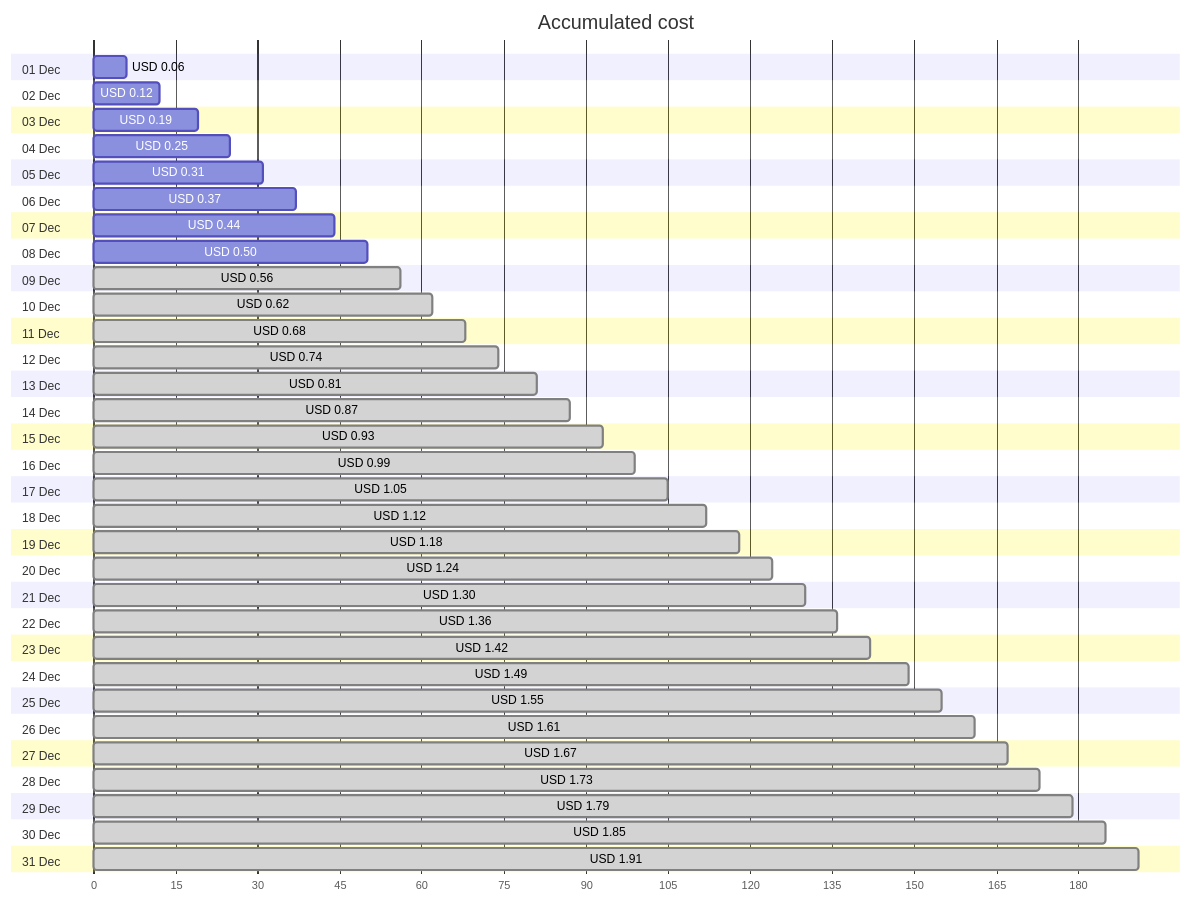
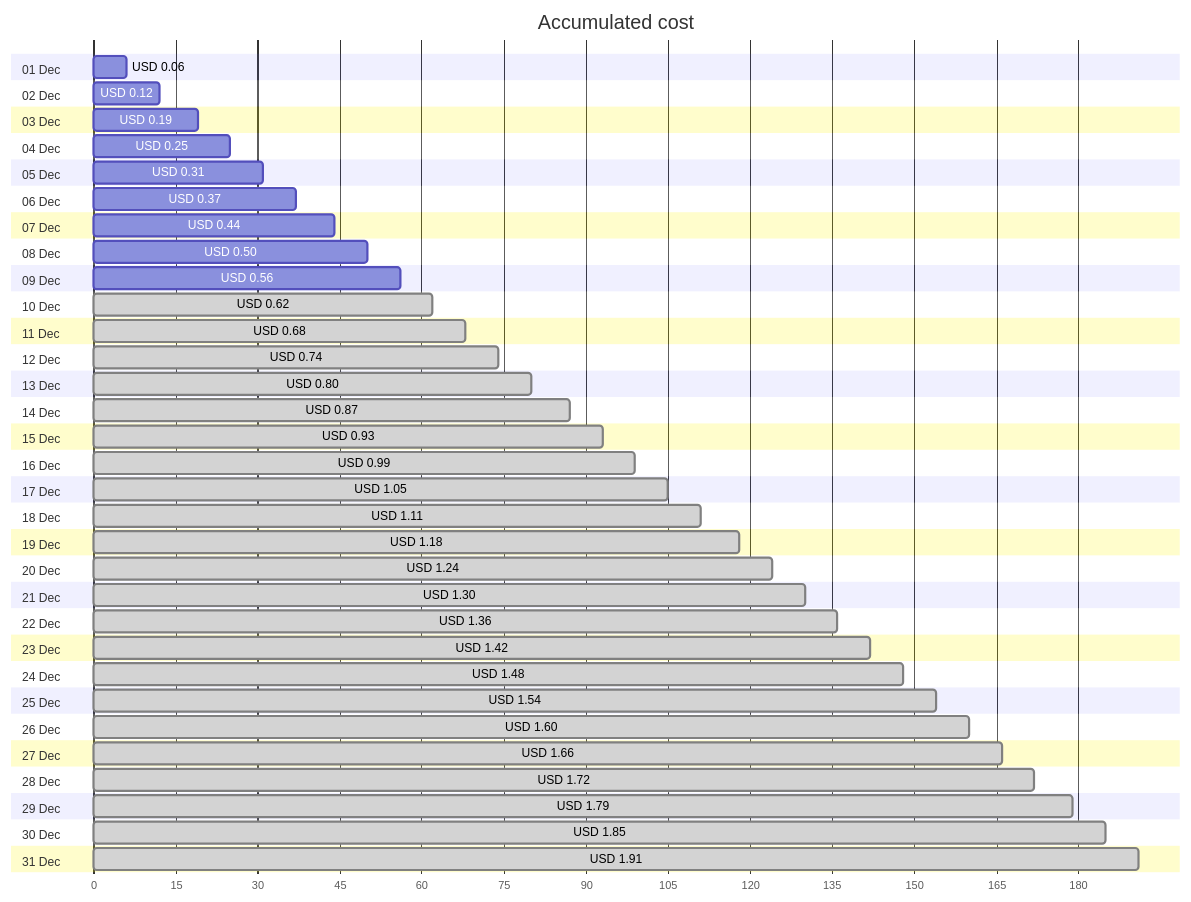
One commit to jpfulton/azure-personal-reports changed the first of 4 diagrams in cost-reports/personal-network/backup-server_OsDisk.md. Above: the diagram before and after it, drawn with Mermaid. The commit also changed other lines of this file and 8 other files, not shown here.

````diff
--- a/cost-reports/personal-network/backup-server_OsDisk.md
+++ b/cost-reports/personal-network/backup-server_OsDisk.md
@@ -20,68 +20,68 @@
 ```mermaid
 gantt
    title Accumulated cost
    dateFormat  X
    axisFormat %s
    section 01 Dec
    USD 0.06 :0, 6
    section 02 Dec
    USD 0.12 :0, 12
    section 03 Dec
    USD 0.19 :0, 19
    section 04 Dec
    USD 0.25 :0, 25
    section 05 Dec
    USD 0.31 :0, 31
    section 06 Dec
    USD 0.37 :0, 37
    section 07 Dec
    USD 0.44 :0, 44
    section 08 Dec
    USD 0.50 :0, 50
    section 09 Dec
-   USD 0.56 : done, 0, 56
+   USD 0.56 :0, 56
    section 10 Dec
    USD 0.62 : done, 0, 62
    section 11 Dec
    USD 0.68 : done, 0, 68
    section 12 Dec
    USD 0.74 : done, 0, 74
    section 13 Dec
-   USD 0.81 : done, 0, 81
+   USD 0.80 : done, 0, 80
    section 14 Dec
    USD 0.87 : done, 0, 87
    section 15 Dec
    USD 0.93 : done, 0, 93
    section 16 Dec
    USD 0.99 : done, 0, 99
    section 17 Dec
    USD 1.05 : done, 0, 105
    section 18 Dec
-   USD 1.12 : done, 0, 112
+   USD 1.11 : done, 0, 111
    section 19 Dec
    USD 1.18 : done, 0, 118
    section 20 Dec
    USD 1.24 : done, 0, 124
    section 21 Dec
    USD 1.30 : done, 0, 130
    section 22 Dec
    USD 1.36 : done, 0, 136
    section 23 Dec
    USD 1.42 : done, 0, 142
    section 24 Dec
-   USD 1.49 : done, 0, 149
+   USD 1.48 : done, 0, 148
    section 25 Dec
-   USD 1.55 : done, 0, 155
+   USD 1.54 : done, 0, 154
    section 26 Dec
-   USD 1.61 : done, 0, 161
+   USD 1.60 : done, 0, 160
    section 27 Dec
-   USD 1.67 : done, 0, 167
+   USD 1.66 : done, 0, 166
    section 28 Dec
-   USD 1.73 : done, 0, 173
+   USD 1.72 : done, 0, 172
    section 29 Dec
    USD 1.79 : done, 0, 179
    section 30 Dec
    USD 1.85 : done, 0, 185
    section 31 Dec
    USD 1.91 : done, 0, 191
 ```
````
